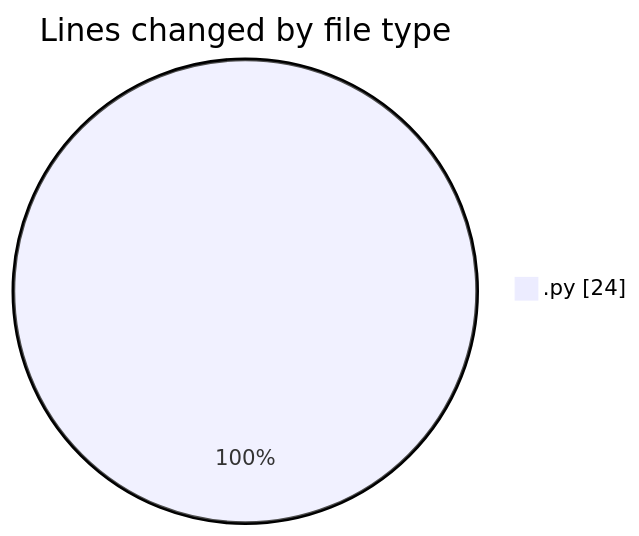
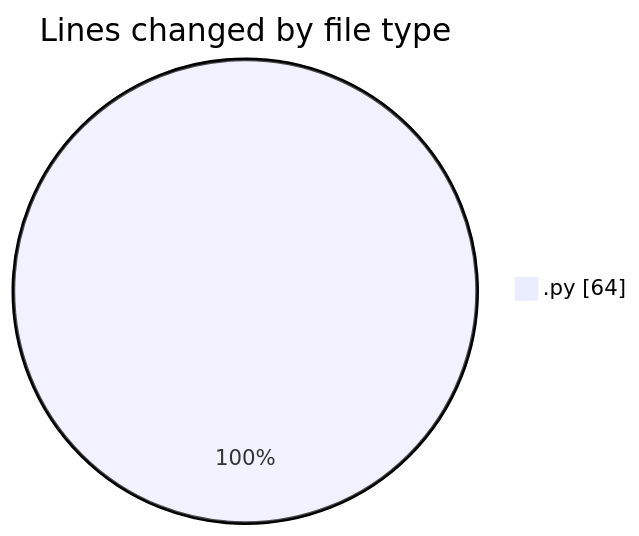
The first of 2 diagrams in 2025-05-08/myws__workspace_/README.md (MatusMokan/code-tracking), drawn with Mermaid before and after one commit. The commit also changed other lines of this file and 1 other file, not shown here.

````diff
--- a/2025-05-08/myws__workspace_/README.md
+++ b/2025-05-08/myws__workspace_/README.md
@@ -20,5 +20,5 @@
 ```mermaid
 pie showData
 title Lines changed by file type
-".py" : 24
+".py" : 64
 ```
````
